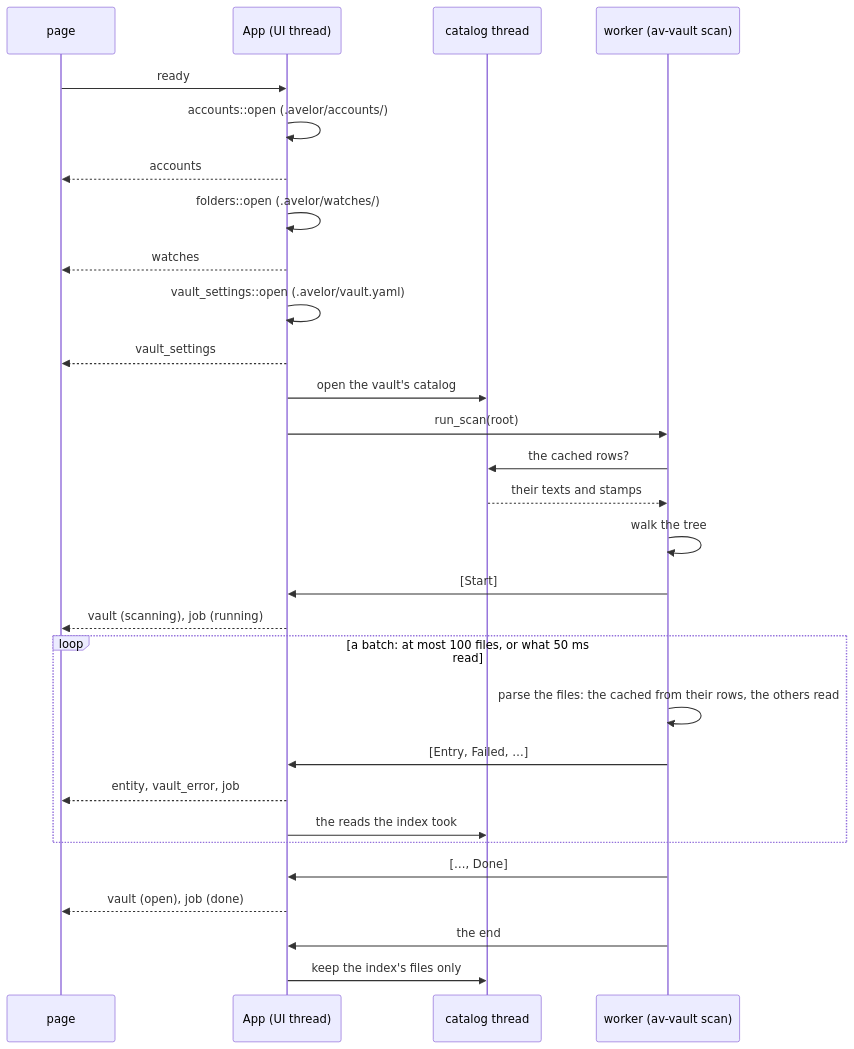
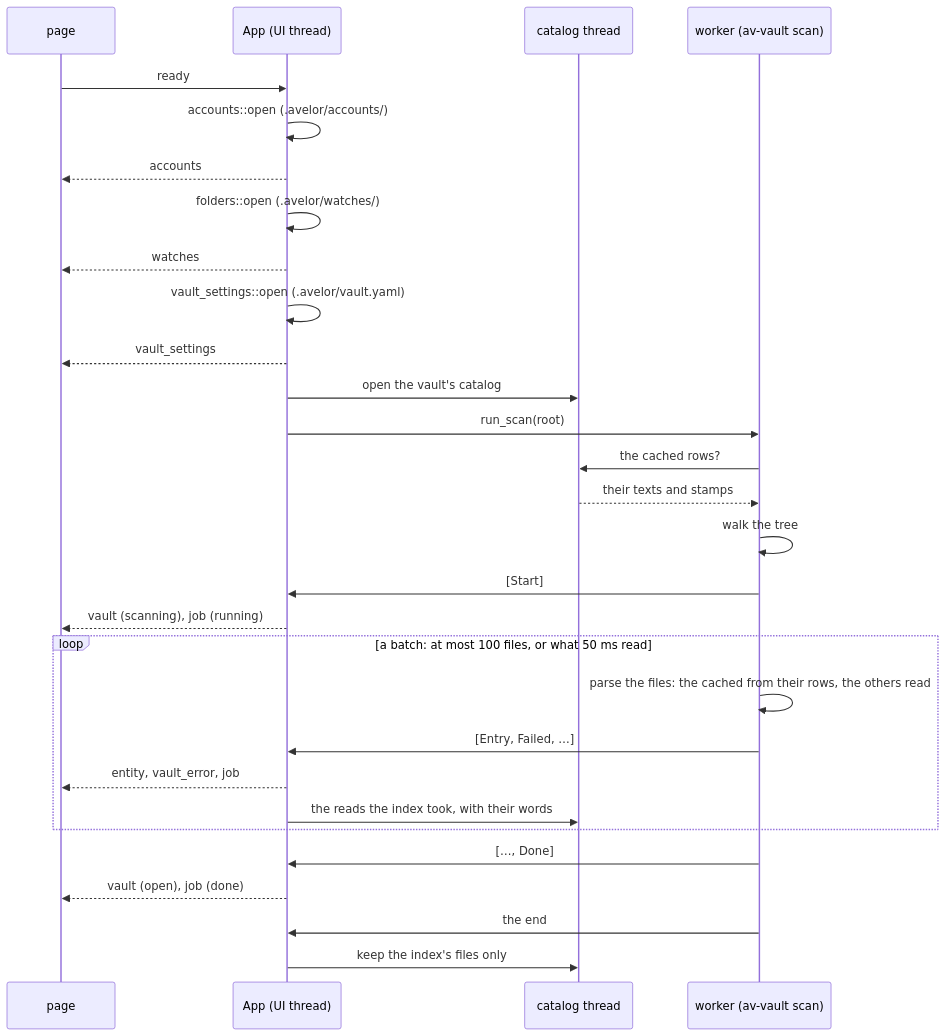
The diagram in docs/vault.md (steschu77/avelor), drawn with Mermaid before and after one commit. The commit also changed other lines of this file and 8 other files, not shown here.

````diff
--- a/docs/vault.md
+++ b/docs/vault.md
@@ -781,31 +781,31 @@
 ```mermaid
 sequenceDiagram
     participant P as page
     participant S as App (UI thread)
     participant C as catalog thread
     participant W as worker (av-vault scan)
     P->>S: ready
     S->>S: accounts::open (.avelor/accounts/)
     S-->>P: accounts
     S->>S: folders::open (.avelor/watches/)
     S-->>P: watches
     S->>S: vault_settings::open (.avelor/vault.yaml)
     S-->>P: vault_settings
     S->>C: open the vault's catalog
     S->>W: run_scan(root)
     W->>C: the cached rows?
     C-->>W: their texts and stamps
     W->>W: walk the tree
     W->>S: [Start]
     S-->>P: vault (scanning), job (running)
     loop a batch: at most 100 files, or what 50 ms read
         W->>W: parse the files: the cached from their rows, the others read
         W->>S: [Entry, Failed, …]
         S-->>P: entity, vault_error, job
-        S->>C: the reads the index took
+        S->>C: the reads the index took, with their words
     end
     W->>S: […, Done]
     S-->>P: vault (open), job (done)
     W->>S: the end
     S->>C: keep the index's files only
 ```
````
